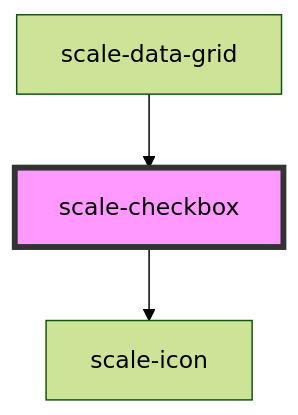
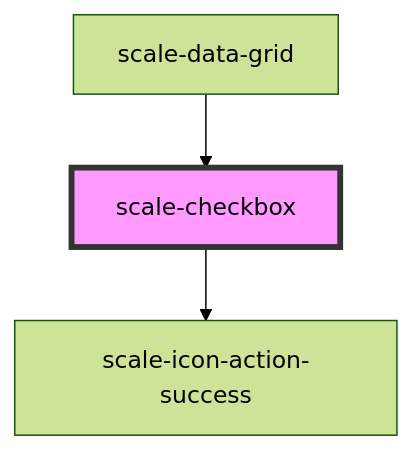
The diagram in packages/components/src/components/checkbox/readme.md (gaurishkamat/scale), drawn with Mermaid (forest theme) before and after one commit. The commit also changed other lines of this file and 15 other files, not shown here.

Commit message:
refactor(checkbox): update icon handling

````diff
--- a/packages/components/src/components/checkbox/readme.md
+++ b/packages/components/src/components/checkbox/readme.md
@@ -42,6 +41,6 @@
 ```mermaid
 graph TD;
-  scale-checkbox --> scale-icon
+  scale-checkbox --> scale-icon-action-success
   scale-data-grid --> scale-checkbox
   style scale-checkbox fill:#f9f,stroke:#333,stroke-width:4px
 ```
````
